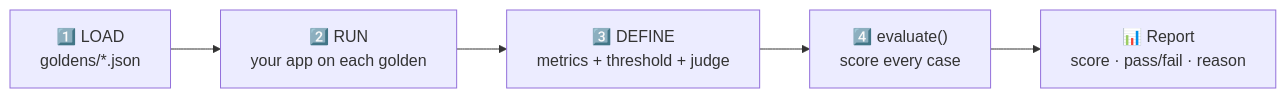
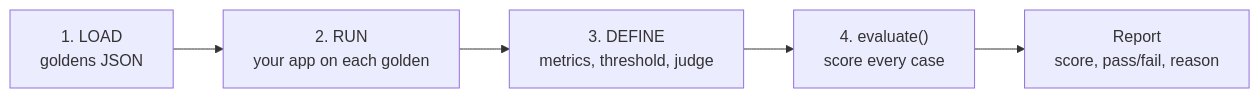
Before and after one commit to GenAIwithMS/rag-eval-deepeval: the third of 4 diagrams in README.md, drawn with Mermaid. The commit also changed other lines of this file, not shown here.

````diff
--- a/README.md
+++ b/README.md
@@ -297,7 +292,7 @@
 ```mermaid
 flowchart LR
-    S1["1️⃣ LOAD<br/>goldens/*.json"] --> S2["2️⃣ RUN<br/>your app on each golden"]
-    S2 --> S3["3️⃣ DEFINE<br/>metrics + threshold + judge"]
-    S3 --> S4["4️⃣ evaluate()<br/>score every case"]
-    S4 --> S5["📊 Report<br/>score · pass/fail · reason"]
+    S1["1. LOAD<br/>goldens JSON"] --> S2["2. RUN<br/>your app on each golden"]
+    S2 --> S3["3. DEFINE<br/>metrics, threshold, judge"]
+    S3 --> S4["4. evaluate()<br/>score every case"]
+    S4 --> S5["Report<br/>score, pass/fail, reason"]
 ```
````
